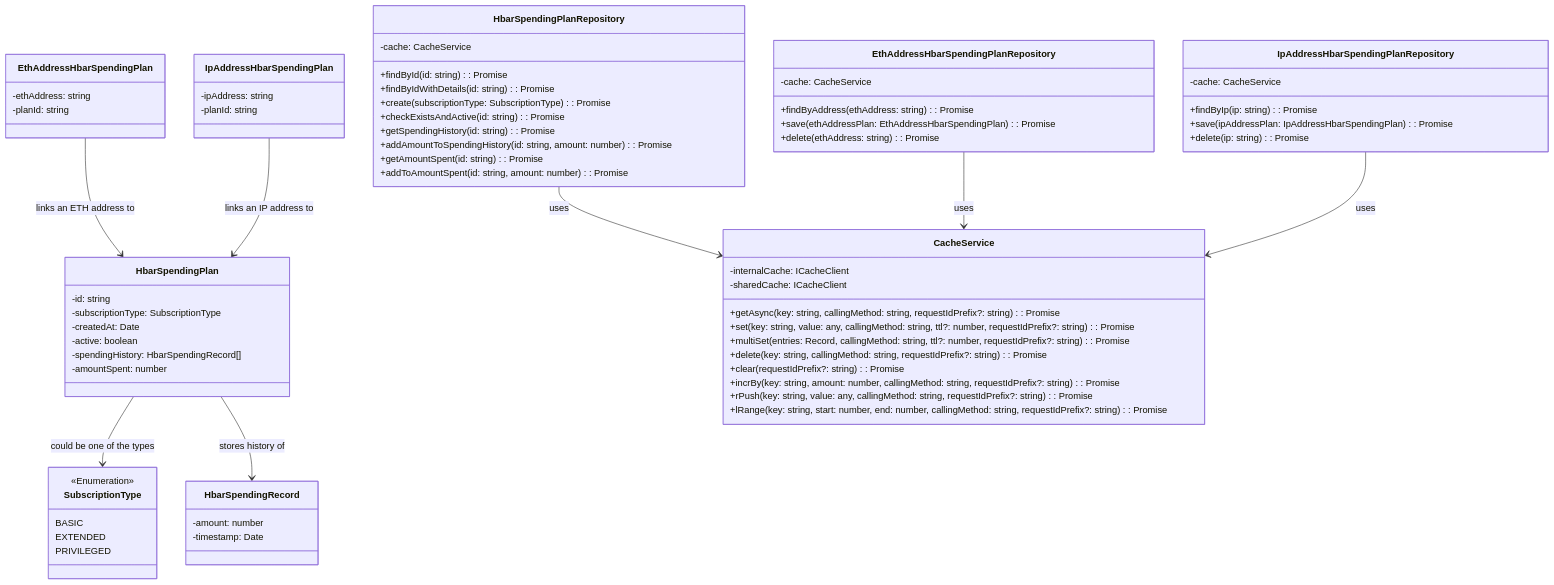
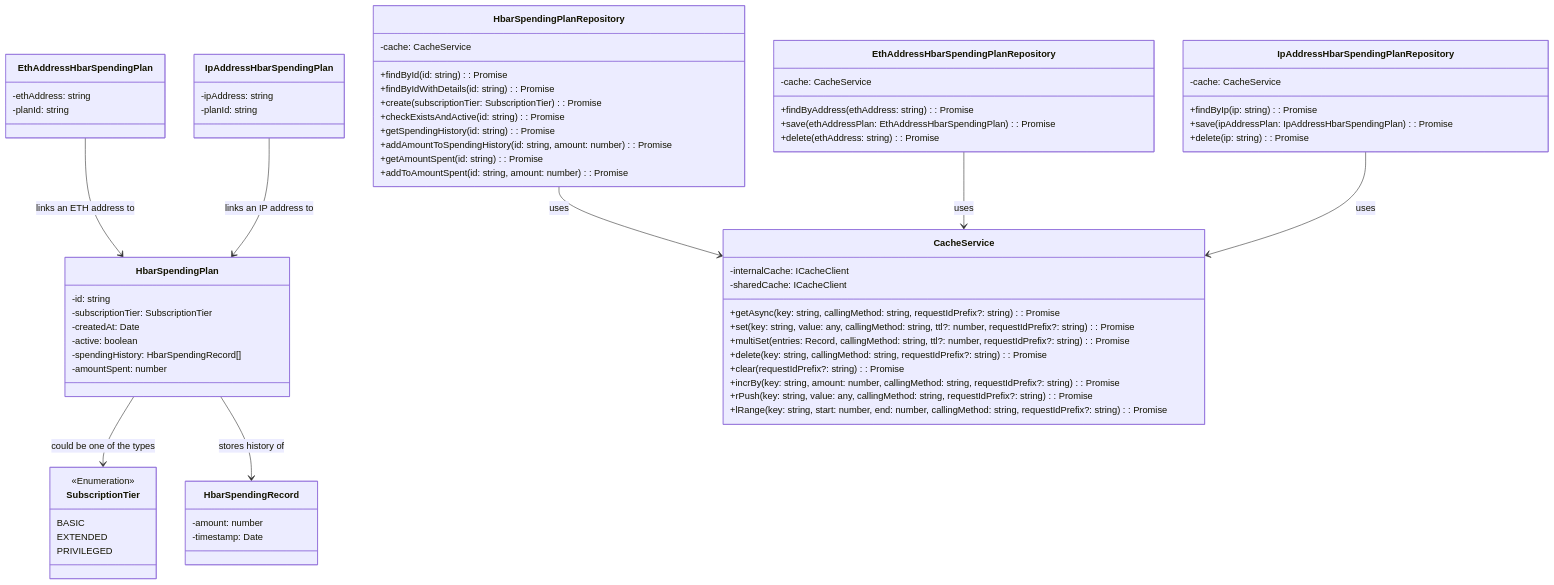
Before and after one commit to async-knightbgt7/hiero-json-rpc-relay: the fourth of 4 diagrams in docs/design/hbar-limiter.md, drawn with Mermaid. The commit also changed other lines of this file and 26 other files, not shown here.

````diff
--- a/docs/design/hbar-limiter.md
+++ b/docs/design/hbar-limiter.md
@@ -171,80 +180,80 @@
 ```mermaid
 classDiagram
     class HbarSpendingPlan {
         -id: string
-        -subscriptionType: SubscriptionType
+        -subscriptionTier: SubscriptionTier
         -createdAt: Date
         -active: boolean
         -spendingHistory: HbarSpendingRecord[]
         -amountSpent: number
     }
 
     class HbarSpendingRecord {
         -amount: number
         -timestamp: Date
     }
 
     class EthAddressHbarSpendingPlan {
         -ethAddress: string
         -planId: string
     }
 
     class IpAddressHbarSpendingPlan {
         -ipAddress: string
         -planId: string
     }
 
     class CacheService {
         -internalCache: ICacheClient
         -sharedCache: ICacheClient
         +getAsync<T>(key: string, callingMethod: string, requestIdPrefix?: string): Promise<T>
         +set(key: string, value: any, callingMethod: string, ttl?: number, requestIdPrefix?: string): Promise<void>
         +multiSet(entries: Record<string, any>, callingMethod: string, ttl?: number, requestIdPrefix?: string): Promise<void>
         +delete(key: string, callingMethod: string, requestIdPrefix?: string): Promise<void>
         +clear(requestIdPrefix?: string): Promise<void>
         +incrBy(key: string, amount: number, callingMethod: string, requestIdPrefix?: string): Promise<number>
         +rPush(key: string, value: any, callingMethod: string, requestIdPrefix?: string): Promise<number>
         +lRange<T>(key: string, start: number, end: number, callingMethod: string, requestIdPrefix?: string): Promise<T[]>
     }
 
     class HbarSpendingPlanRepository {
         -cache: CacheService
         +findById(id: string): Promise<IHbarSpendingPlan>
         +findByIdWithDetails(id: string): Promise<IDetailedHbarSpendingPlan>
-        +create(subscriptionType: SubscriptionType): Promise<IDetailedHbarSpendingPlan>
+        +create(subscriptionTier: SubscriptionTier): Promise<IDetailedHbarSpendingPlan>
         +checkExistsAndActive(id: string): Promise<void>
         +getSpendingHistory(id: string): Promise<HbarSpendingRecord[]>
         +addAmountToSpendingHistory(id: string, amount: number): Promise<number>
         +getAmountSpent(id: string): Promise<number>
         +addToAmountSpent(id: string, amount: number): Promise<void>
     }
 
     class EthAddressHbarSpendingPlanRepository {
         -cache: CacheService
         +findByAddress(ethAddress: string): Promise<EthAddressHbarSpendingPlan>
         +save(ethAddressPlan: EthAddressHbarSpendingPlan): Promise<void>
         +delete(ethAddress: string): Promise<void>
     }
 
     class IpAddressHbarSpendingPlanRepository {
         -cache: CacheService
         +findByIp(ip: string): Promise<IpAddressHbarSpendingPlan>
         +save(ipAddressPlan: IpAddressHbarSpendingPlan): Promise<void>
         +delete(ip: string): Promise<void>
     }
 
-    class SubscriptionType
-    <<Enumeration>> SubscriptionType
-    SubscriptionType : BASIC
-    SubscriptionType : EXTENDED
-    SubscriptionType : PRIVILEGED
+    class SubscriptionTier
+    <<Enumeration>> SubscriptionTier
+    SubscriptionTier : BASIC
+    SubscriptionTier : EXTENDED
+    SubscriptionTier : PRIVILEGED
 
-    HbarSpendingPlan --> SubscriptionType : could be one of the types
+    HbarSpendingPlan --> SubscriptionTier : could be one of the types
     HbarSpendingPlan --> HbarSpendingRecord : stores history of
     EthAddressHbarSpendingPlan --> HbarSpendingPlan : links an ETH address to
     IpAddressHbarSpendingPlan --> HbarSpendingPlan : links an IP address to
 
     HbarSpendingPlanRepository --> CacheService : uses
     EthAddressHbarSpendingPlanRepository --> CacheService : uses
     IpAddressHbarSpendingPlanRepository --> CacheService : uses
 ```
````
